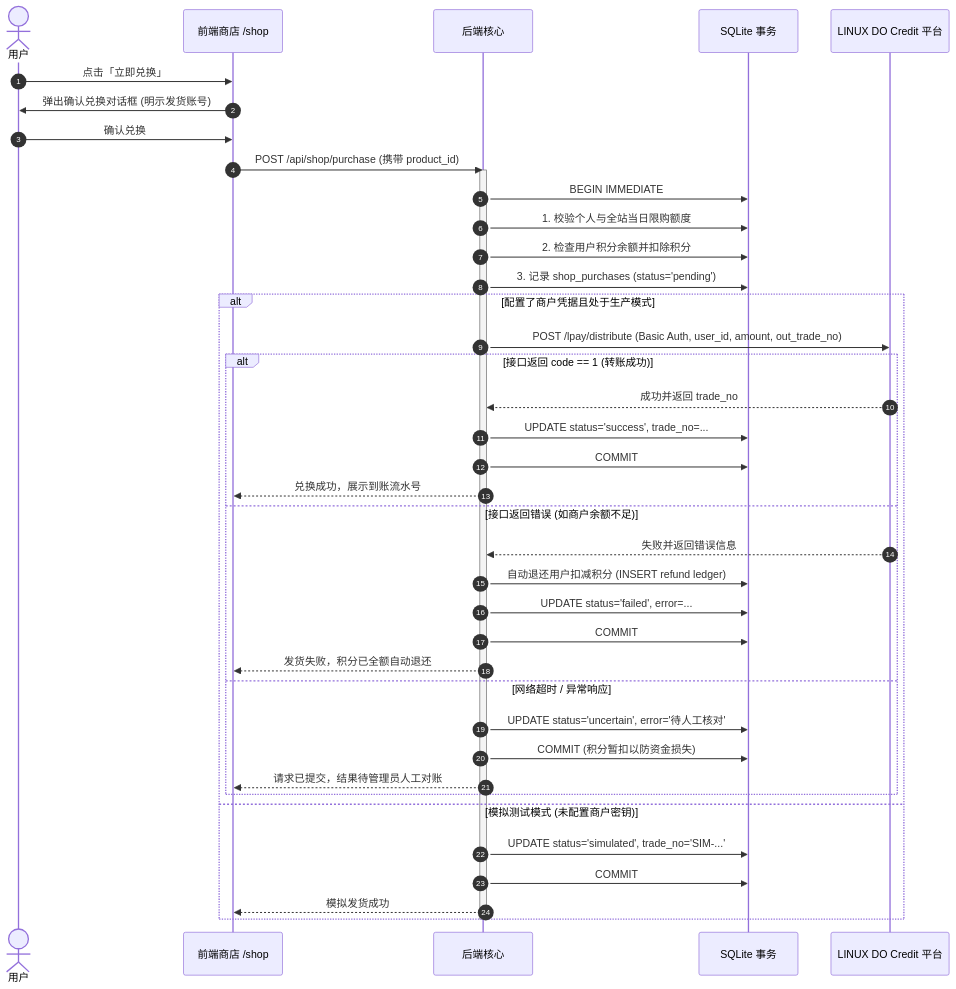
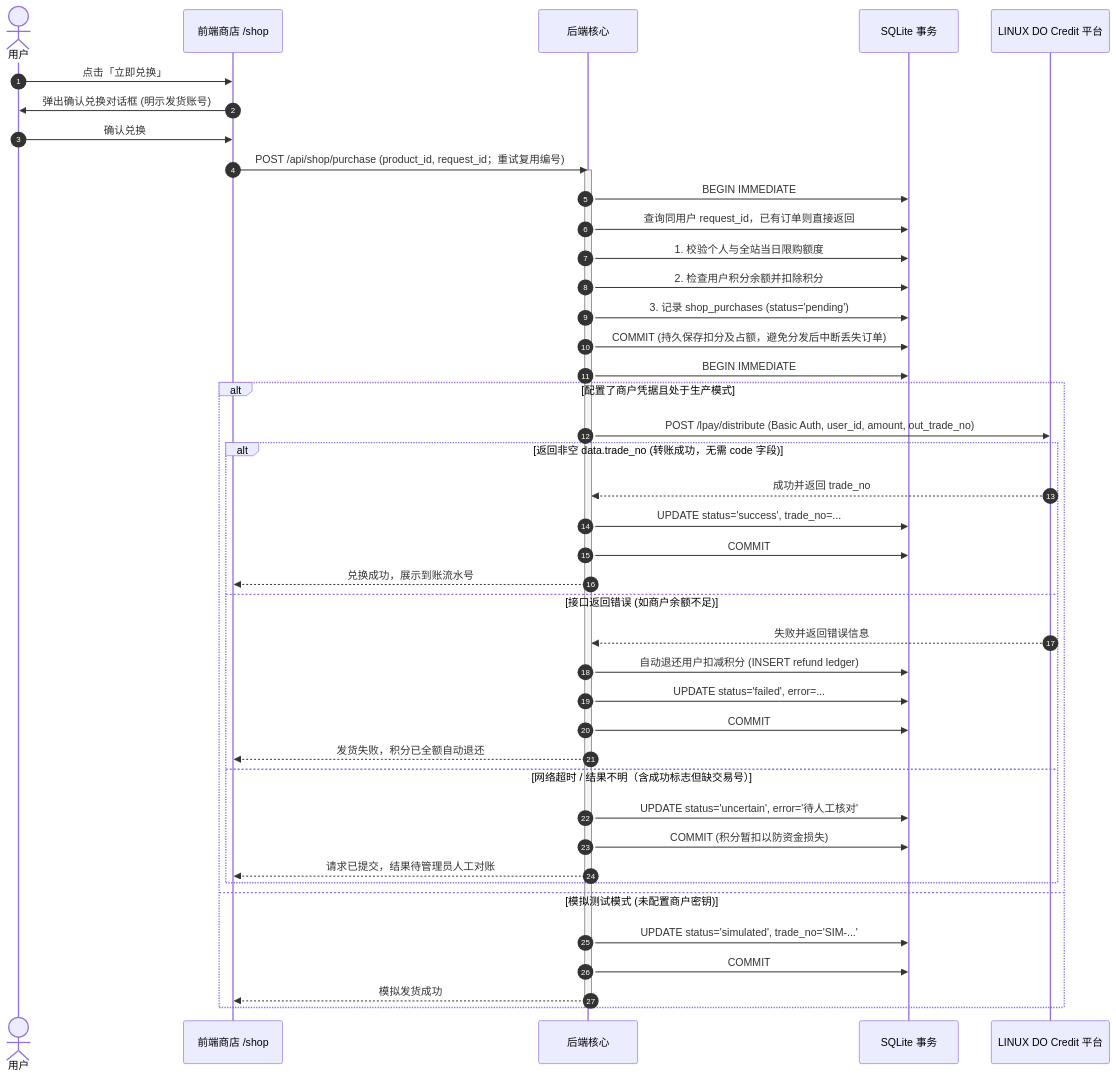
One commit to yintian710/Kegel changed the second of 2 diagrams in docs/features.md. Above: the diagram before and after it, drawn with Mermaid. The commit also changed 11 other files, not shown here.

````diff
--- a/docs/features.md
+++ b/docs/features.md
@@ -90,45 +90,48 @@
 ```mermaid
 sequenceDiagram
     autonumber
     actor User as 用户
     participant Shop as 前端商店 /shop
     participant Backend as 后端核心
     participant DB as SQLite 事务
     participant LDC as LINUX DO Credit 平台
 
     User->>Shop: 点击「立即兑换」
     Shop->>User: 弹出确认兑换对话框 (明示发货账号)
     User->>Shop: 确认兑换
-    Shop->>Backend: POST /api/shop/purchase (携带 product_id)
+    Shop->>Backend: POST /api/shop/purchase (product_id, request_id；重试复用编号)
     
     activate Backend
     Backend->>DB: BEGIN IMMEDIATE
+    Backend->>DB: 查询同用户 request_id，已有订单则直接返回
     Backend->>DB: 1. 校验个人与全站当日限购额度
     Backend->>DB: 2. 检查用户积分余额并扣除积分
     Backend->>DB: 3. 记录 shop_purchases (status='pending')
+    Backend->>DB: COMMIT (持久保存扣分及占额，避免分发后中断丢失订单)
+    Backend->>DB: BEGIN IMMEDIATE
     
     alt 配置了商户凭据且处于生产模式
         Backend->>LDC: POST /lpay/distribute (Basic Auth, user_id, amount, out_trade_no)
-        alt 接口返回 code == 1 (转账成功)
+        alt 返回非空 data.trade_no (转账成功，无需 code 字段)
             LDC-->>Backend: 成功并返回 trade_no
             Backend->>DB: UPDATE status='success', trade_no=...
             Backend->>DB: COMMIT
             Backend-->>Shop: 兑换成功，展示到账流水号
         else 接口返回错误 (如商户余额不足)
             LDC-->>Backend: 失败并返回错误信息
             Backend->>DB: 自动退还用户扣减积分 (INSERT refund ledger)
             Backend->>DB: UPDATE status='failed', error=...
             Backend->>DB: COMMIT
             Backend-->>Shop: 发货失败，积分已全额自动退还
-        else 网络超时 / 异常响应
+        else 网络超时 / 结果不明（含成功标志但缺交易号）
             Backend->>DB: UPDATE status='uncertain', error='待人工核对'
             Backend->>DB: COMMIT (积分暂扣以防资金损失)
             Backend-->>Shop: 请求已提交，结果待管理员人工对账
         end
     else 模拟测试模式 (未配置商户密钥)
         Backend->>DB: UPDATE status='simulated', trade_no='SIM-...'
         Backend->>DB: COMMIT
         Backend-->>Shop: 模拟发货成功
     end
     deactivate Backend
 ```
````
